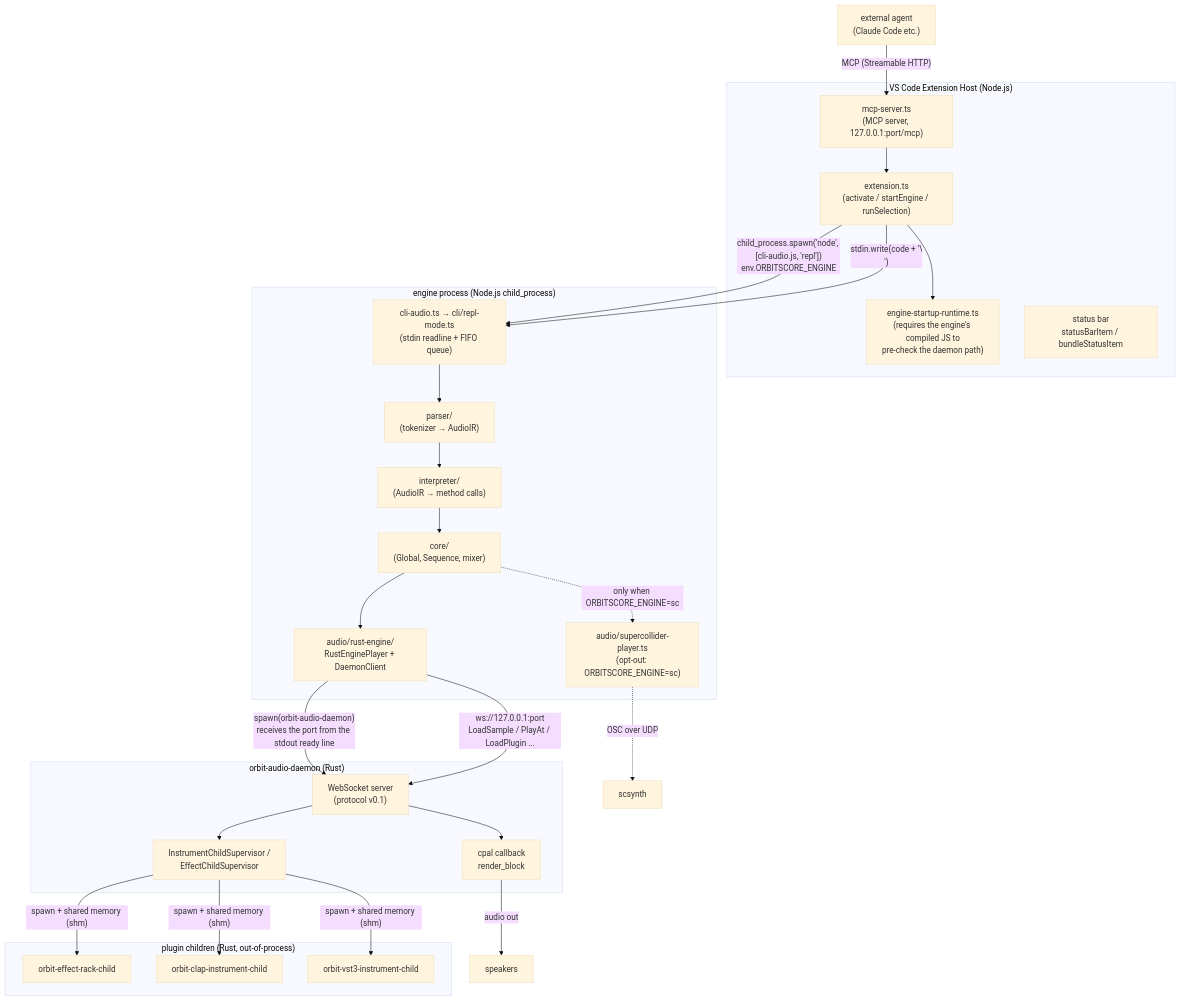
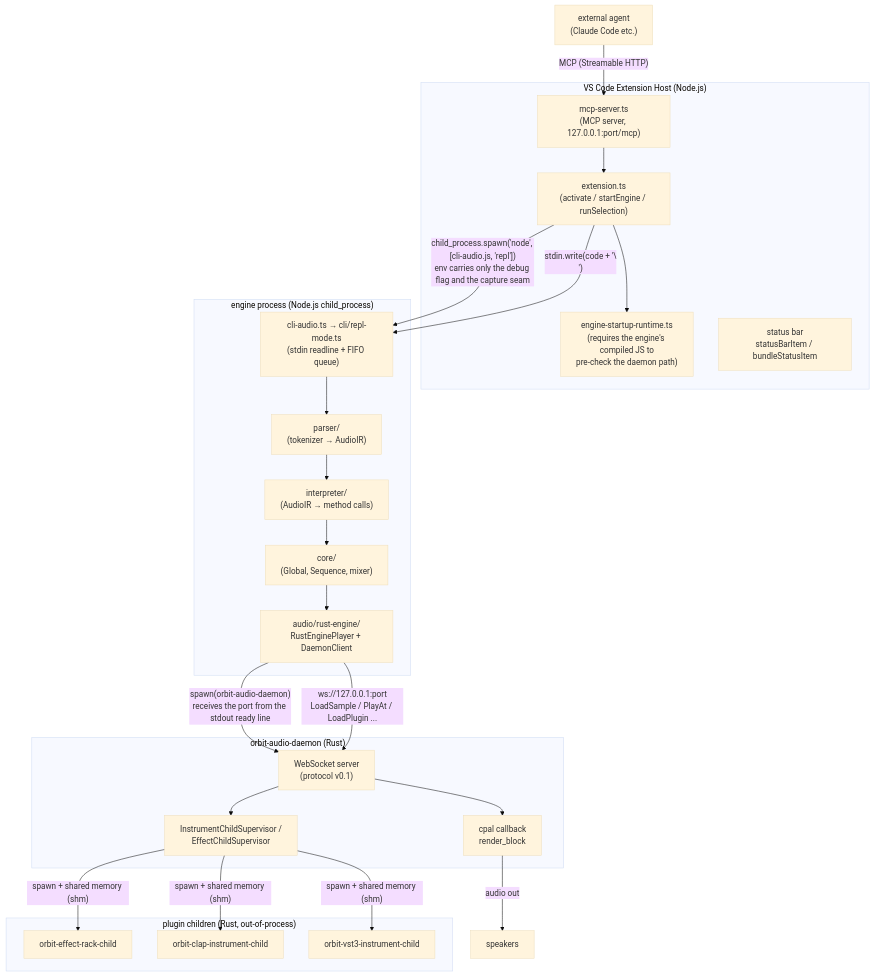
One commit to signalcompose/orbitscore changed the first of 2 diagrams in sites/dev/en/orientation/architecture-overview.md. Above: the diagram before and after it, drawn with Mermaid (base theme). The commit also changed other lines of this file and 17 other files, not shown here.

````diff
--- a/sites/dev/en/orientation/architecture-overview.md
+++ b/sites/dev/en/orientation/architecture-overview.md
@@ -29,47 +29,44 @@
 ```mermaid
 graph TD
   subgraph "VS Code Extension Host (Node.js)"
     EXT["extension.ts\n(activate / startEngine / runSelection)"]
     MCP["mcp-server.ts\n(MCP server, 127.0.0.1:port/mcp)"]
     RESOLVER["engine-startup-runtime.ts\n(requires the engine's compiled JS to\npre-check the daemon path)"]
     STATUS["status bar\nstatusBarItem / bundleStatusItem"]
   end
 
   subgraph "engine process (Node.js child_process)"
     CLI["cli-audio.ts → cli/repl-mode.ts\n(stdin readline + FIFO queue)"]
     PARSER["parser/\n(tokenizer → AudioIR)"]
     INTERP["interpreter/\n(AudioIR → method calls)"]
     CORE["core/\n(Global, Sequence, mixer)"]
     PLAYER["audio/rust-engine/\nRustEnginePlayer + DaemonClient"]
-    SC["audio/supercollider-player.ts\n(opt-out: ORBITSCORE_ENGINE=sc)"]
   end
 
   subgraph "orbit-audio-daemon (Rust)"
     WS["WebSocket server\n(protocol v0.1)"]
     RENDER["cpal callback\nrender_block"]
     SUP["InstrumentChildSupervisor /\nEffectChildSupervisor"]
   end
 
   subgraph "plugin children (Rust, out-of-process)"
     CHILD1["orbit-effect-rack-child"]
     CHILD2["orbit-clap-instrument-child"]
     CHILD3["orbit-vst3-instrument-child"]
   end
 
   AGENT["external agent\n(Claude Code etc.)"] -->|"MCP (Streamable HTTP)"| MCP
   MCP --> EXT
-  EXT -->|"child_process.spawn('node', [cli-audio.js, 'repl'])\nenv.ORBITSCORE_ENGINE"| CLI
+  EXT -->|"child_process.spawn('node', [cli-audio.js, 'repl'])\nenv carries only the debug flag and the capture seam"| CLI
   EXT -->|"stdin.write(code + '\\n')"| CLI
   EXT --> RESOLVER
   CLI --> PARSER --> INTERP --> CORE --> PLAYER
-  CORE -.->|"only when ORBITSCORE_ENGINE=sc"| SC
   PLAYER -->|"spawn(orbit-audio-daemon)\nreceives the port from the stdout ready line"| WS
   PLAYER -->|"ws://127.0.0.1:port\nLoadSample / PlayAt / LoadPlugin ..."| WS
   WS --> RENDER
   WS --> SUP
   SUP -->|"spawn + shared memory (shm)"| CHILD1
   SUP -->|"spawn + shared memory (shm)"| CHILD2
   SUP -->|"spawn + shared memory (shm)"| CHILD3
   RENDER -->|"audio out"| DAC["speakers"]
-  SC -.->|"OSC over UDP"| SCSYNTH["scsynth"]
 ```
````
